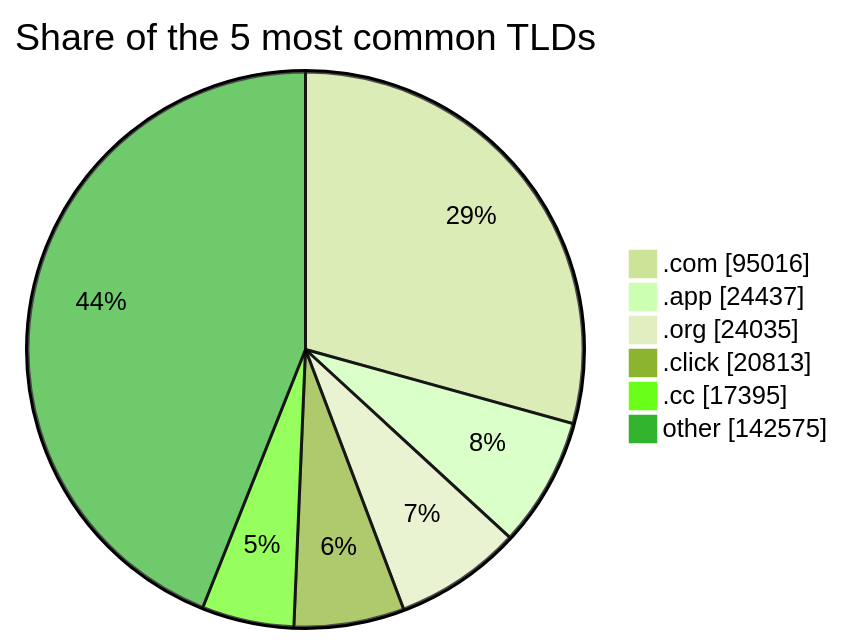
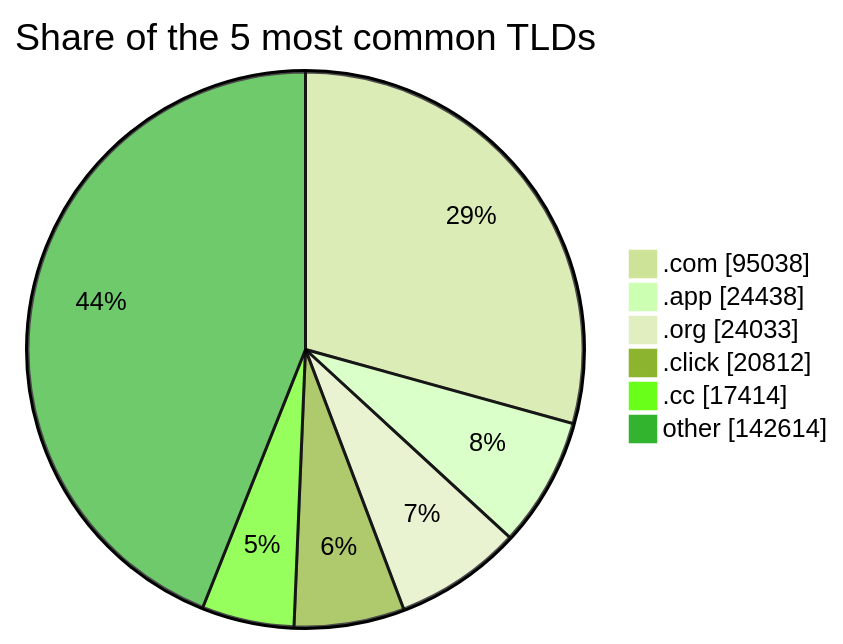
The third of 3 diagrams in README.md (DNSBunker/CTI), drawn with Mermaid (forest theme) before and after one commit. The commit also changed other lines of this file and 4 other files, not shown here.

````diff
--- a/README.md
+++ b/README.md
@@ -81,9 +81,9 @@
 ```mermaid
 pie showData title Share of the 5 most common TLDs
-    ".com" : 95016
-    ".app" : 24437
-    ".org" : 24035
-    ".click" : 20813
-    ".cc" : 17395
-    "other" : 142575
+    ".com" : 95038
+    ".app" : 24438
+    ".org" : 24033
+    ".click" : 20812
+    ".cc" : 17414
+    "other" : 142614
 ```
````
